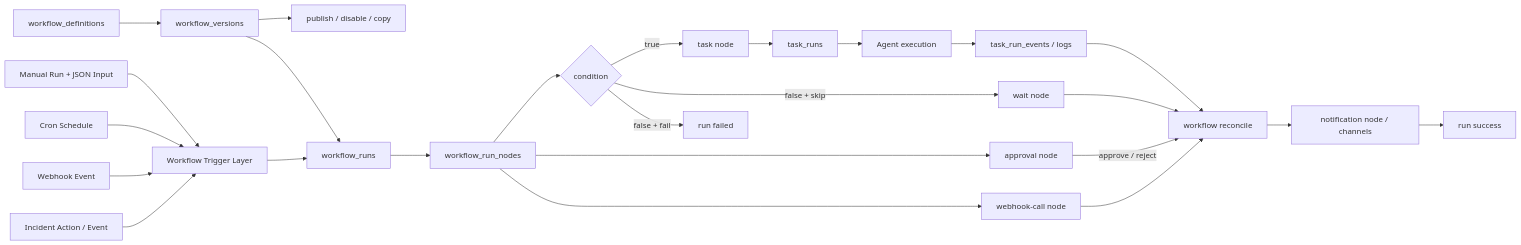
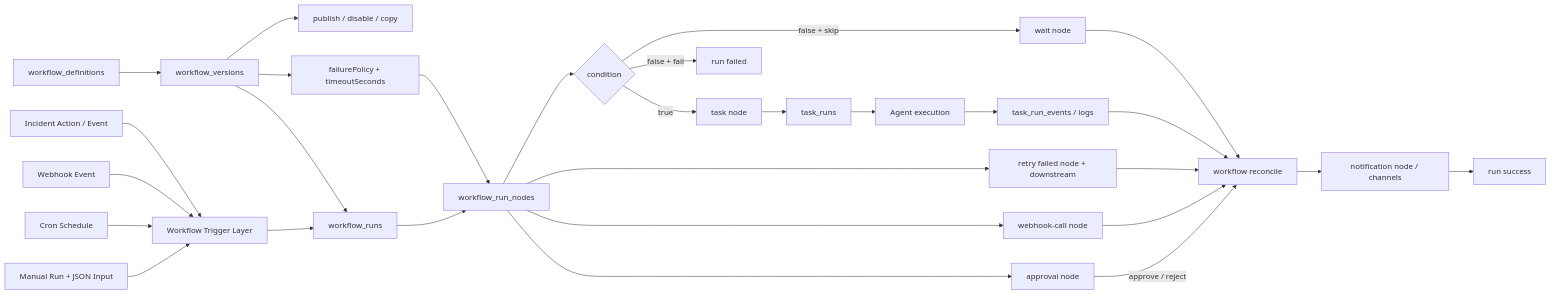
The second of 5 diagrams in docs/UML/core-uml-v1.0-update.en.md (Zhenmeng8023/OpsPilot), drawn with Mermaid before and after one commit. The commit also changed other lines of this file and 15 other files, not shown here.

````diff
--- a/docs/UML/core-uml-v1.0-update.en.md
+++ b/docs/UML/core-uml-v1.0-update.en.md
@@ -76,32 +76,36 @@
 ```mermaid
 flowchart LR
   Definition["workflow_definitions"] --> Version["workflow_versions"]
   Version --> Publish["publish / disable / copy"]
+  Version --> Policy["failurePolicy + timeoutSeconds"]
 
   Manual["Manual Run + JSON Input"] --> Trigger["Workflow Trigger Layer"]
   Schedule["Cron Schedule"] --> Trigger
   Webhook["Webhook Event"] --> Trigger
   Incident["Incident Action / Event"] --> Trigger
 
   Trigger --> Run["workflow_runs"]
   Version --> Run
   Run --> Nodes["workflow_run_nodes"]
+  Policy --> Nodes
   Nodes --> Condition{"condition"}
 
   Condition -->|true| TaskNode["task node"]
   Condition -->|false + skip| WaitNode["wait node"]
   Condition -->|false + fail| EndFail["run failed"]
 
   Nodes --> Approval["approval node"]
   Approval -->|approve / reject| Reconcile
   Nodes --> WebhookCall["webhook-call node"]
   WebhookCall --> Reconcile
+  Nodes --> RetryNode["retry failed node + downstream"]
+  RetryNode --> Reconcile
   TaskNode --> TaskRun["task_runs"]
   TaskRun --> Agent["Agent execution"]
   Agent --> TaskEvent["task_run_events / logs"]
   TaskEvent --> Reconcile["workflow reconcile"]
 
   WaitNode --> Reconcile
   Reconcile --> Notify["notification node / channels"]
   Notify --> EndOK["run success"]
 ```
````
